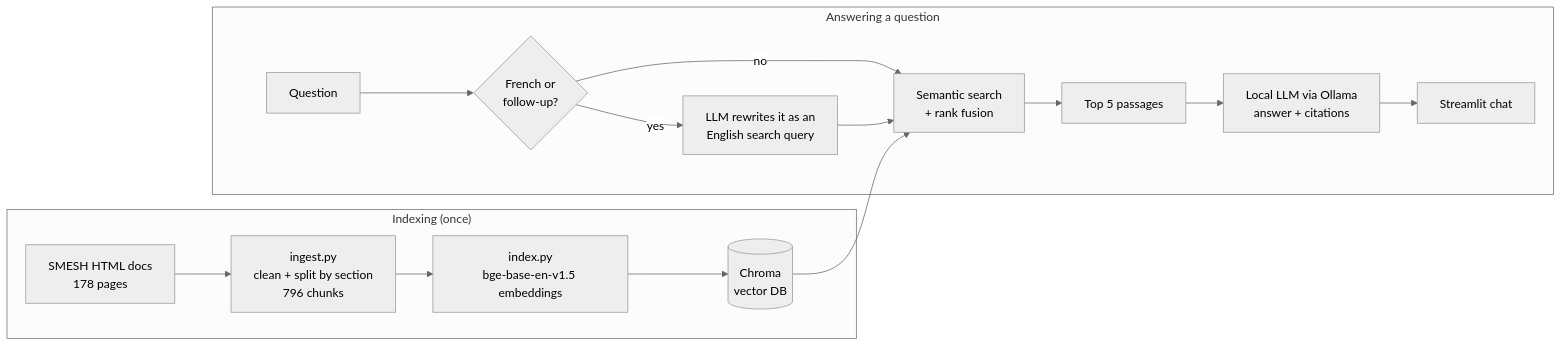
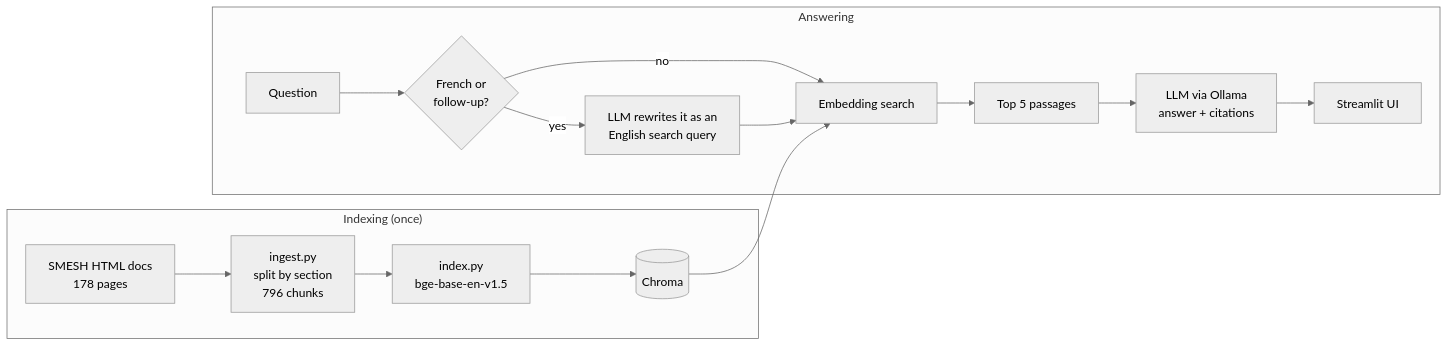
The diagram in README.md (NicolasSaikaly/salome_assistant), drawn with Mermaid (neutral theme) before and after one commit. The commit also changed other lines of this file and 7 other files, not shown here.

````diff
--- a/README.md
+++ b/README.md
@@ -31,18 +34,18 @@
 ```mermaid
 flowchart LR
     subgraph Indexing["Indexing (once)"]
-        D[SMESH HTML docs<br/>178 pages] --> C[ingest.py<br/>clean + split by section<br/>796 chunks]
-        C --> E[index.py<br/>bge-base-en-v1.5 embeddings]
-        E --> DB[(Chroma<br/>vector DB)]
+        D[SMESH HTML docs<br/>178 pages] --> C[ingest.py<br/>split by section<br/>796 chunks]
+        C --> E[index.py<br/>bge-base-en-v1.5]
+        E --> DB[(Chroma)]
     end
-    subgraph Answering["Answering a question"]
+    subgraph Answering["Answering"]
         Q[Question] --> R{French or<br/>follow-up?}
         R -- yes --> W[LLM rewrites it as an<br/>English search query]
         R -- no --> S
-        W --> S[Semantic search<br/>+ rank fusion]
+        W --> S[Embedding search]
         DB --> S
         S --> T[Top 5 passages]
-        T --> G[Local LLM via Ollama<br/>answer + citations]
-        G --> UI[Streamlit chat]
+        T --> G[LLM via Ollama<br/>answer + citations]
+        G --> UI[Streamlit UI]
     end
 ```
````
